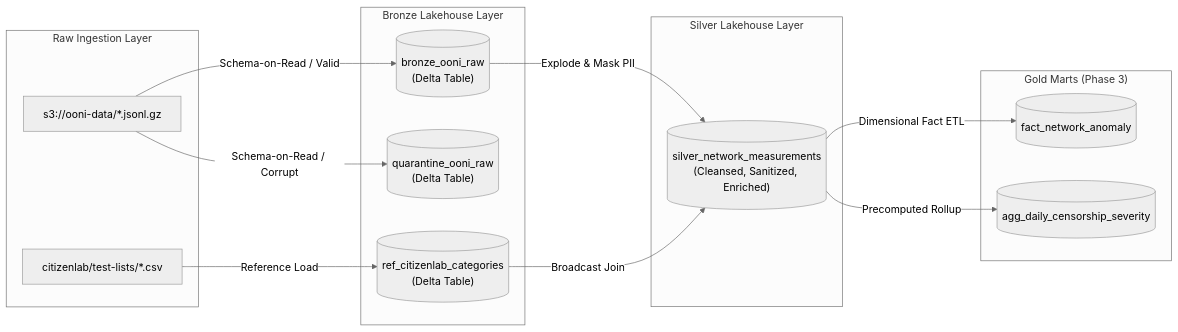
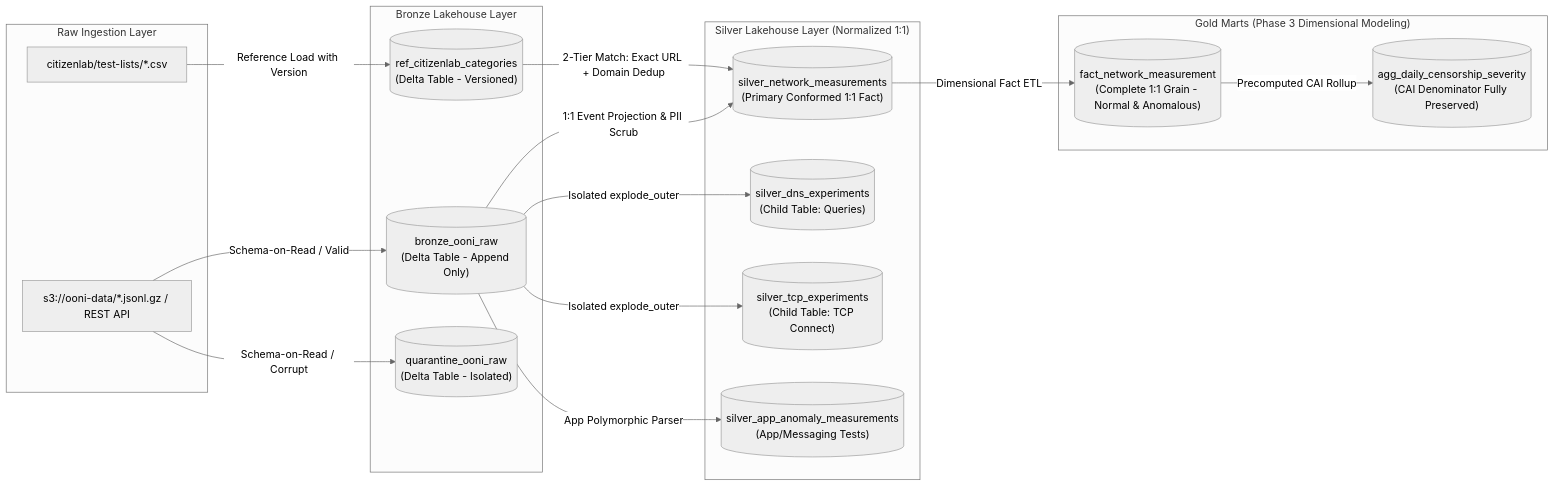
The diagram in Docs/Phase 2/06_data_dictionary.md (Muhammad-Ibrahim-001/Project-Panopticon), drawn with Mermaid (neutral theme) before and after one commit. The commit also changed other lines of this file and 21 other files, not shown here.

First line of the commit message:
chore(silver): reconcile schema contracts, engineering audit, and review documentation

````diff
--- a/Docs/Phase 2/06_data_dictionary.md
+++ b/Docs/Phase 2/06_data_dictionary.md
@@ -332,32 +511,38 @@
 ```mermaid
 flowchart LR
     subgraph S3_RAW ["Raw Ingestion Layer"]
-        R_JSON["s3://ooni-data/*.jsonl.gz"]
+        R_JSON["s3://ooni-data/*.jsonl.gz / REST API"]
         R_CSV["citizenlab/test-lists/*.csv"]
     end
 
     subgraph BRONZE_LAKE ["Bronze Lakehouse Layer"]
-        B_OONI[("bronze_ooni_raw<br/>(Delta Table)")]
-        B_REF[("ref_citizenlab_categories<br/>(Delta Table)")]
-        B_QUAR[("quarantine_ooni_raw<br/>(Delta Table)")]
+        B_OONI[("bronze_ooni_raw<br/>(Delta Table - Append Only)")]
+        B_REF[("ref_citizenlab_categories<br/>(Delta Table - Versioned)")]
+        B_QUAR[("quarantine_ooni_raw<br/>(Delta Table - Isolated)")]
     end
 
-    subgraph SILVER_LAKE ["Silver Lakehouse Layer"]
-        S_MEAS[("silver_network_measurements<br/>(Cleansed, Sanitized, Enriched)")]
+    subgraph SILVER_LAKE ["Silver Lakehouse Layer (Normalized 1:1)"]
+        S_MEAS[("silver_network_measurements<br/>(Primary Conformed 1:1 Fact)")]
+        S_DNS[("silver_dns_experiments<br/>(Child Table: Queries)")]
+        S_TCP[("silver_tcp_experiments<br/>(Child Table: TCP Connect)")]
+        S_APP[("silver_app_anomaly_measurements<br/>(App/Messaging Tests)")]
     end
 
-    subgraph GOLD_LAKE ["Gold Marts (Phase 3)"]
-        G_FACT[("fact_network_anomaly")]
-        G_AGG[("agg_daily_censorship_severity")]
+    subgraph GOLD_LAKE ["Gold Marts (Phase 3 Dimensional Modeling)"]
+        G_FACT[("fact_network_measurement<br/>(Complete 1:1 Grain - Normal & Anomalous)")]
+        G_AGG[("agg_daily_censorship_severity<br/>(CAI Denominator Fully Preserved)")]
     end
 
     R_JSON -->|Schema-on-Read / Valid| B_OONI
     R_JSON -->|Schema-on-Read / Corrupt| B_QUAR
-    R_CSV -->|Reference Load| B_REF
+    R_CSV -->|Reference Load with Version| B_REF
 
-    B_OONI -->|Explode & Mask PII| S_MEAS
-    B_REF -->|Broadcast Join| S_MEAS
+    B_OONI -->|1:1 Event Projection & PII Scrub| S_MEAS
+    B_OONI -->|Isolated explode_outer| S_DNS
+    B_OONI -->|Isolated explode_outer| S_TCP
+    B_OONI -->|App Polymorphic Parser| S_APP
+    B_REF -->|2-Tier Match: Exact URL + Domain Dedup| S_MEAS
 
     S_MEAS -->|Dimensional Fact ETL| G_FACT
-    S_MEAS -->|Precomputed Rollup| G_AGG
+    G_FACT -->|Precomputed CAI Rollup| G_AGG
 ```
````
